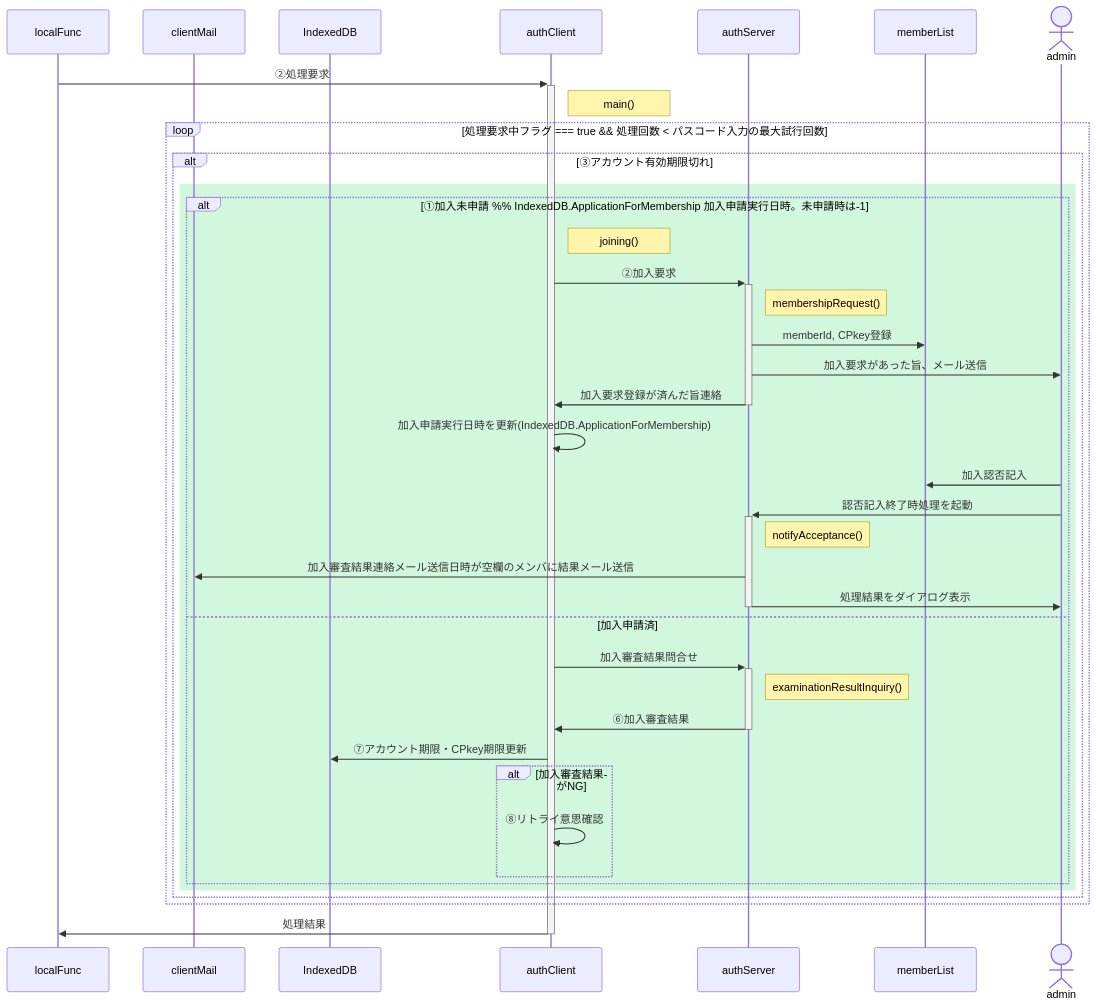
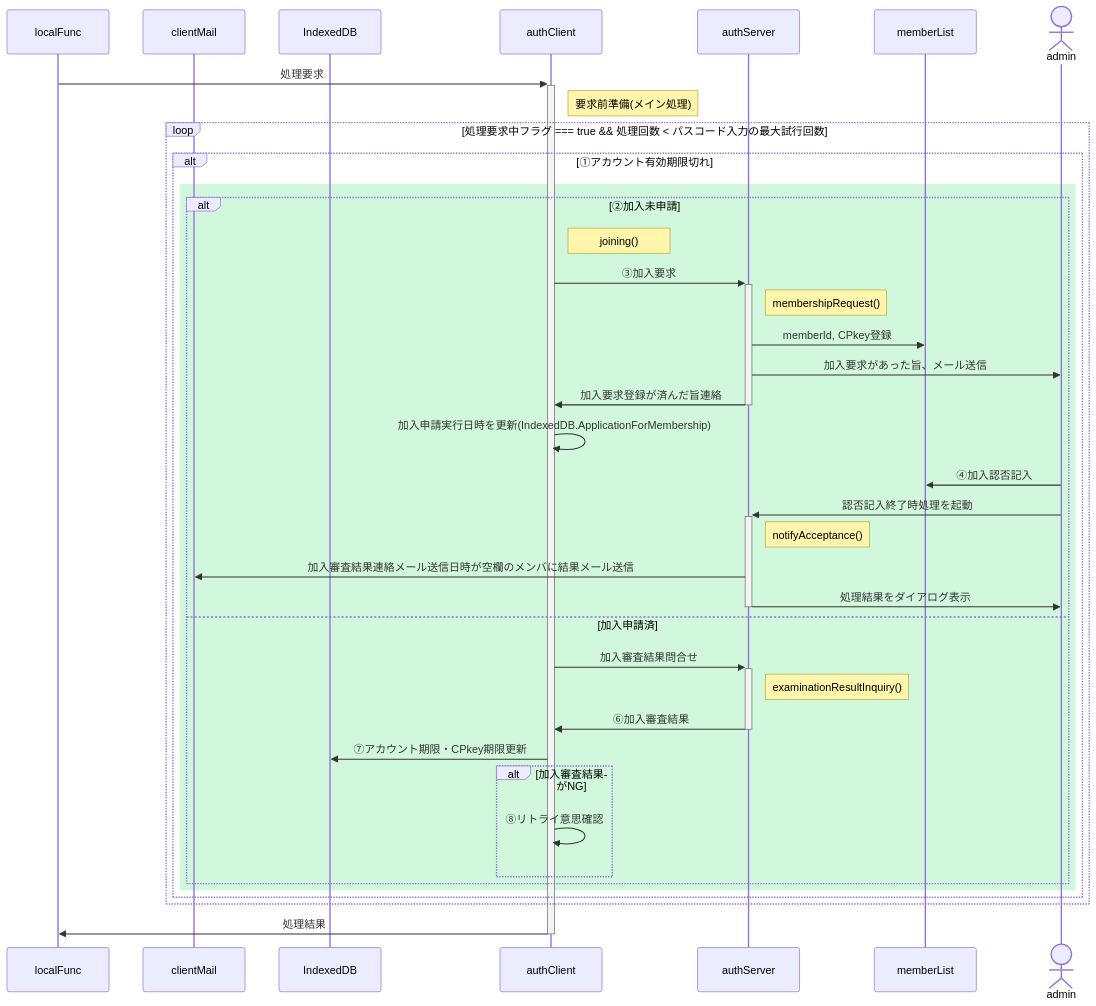
Before and after one commit to nakaone/library: the third of 4 diagrams in underDev/Auth/question.md, drawn with Mermaid. The commit also changed other lines of this file and 16 other files, not shown here.

````diff
--- a/underDev/Auth/question.md
+++ b/underDev/Auth/question.md
@@ -185,58 +204,58 @@
 ```mermaid
 %% 加入要求
 
 sequenceDiagram
   %%actor user
   participant localFunc
   participant clientMail
   %%participant encryptRequest
   participant IndexedDB
   participant authClient
   participant authServer
   participant memberList
   %%participant decryptRequest
   %%participant serverFunc
   actor admin
 
-  localFunc->>+authClient: ②処理要求
-  Note right of authClient: main()
+  localFunc->>+authClient: 処理要求
+  Note right of authClient: 要求前準備(メイン処理)
 
   loop 処理要求中フラグ === true && 処理回数 < パスコード入力の最大試行回数
 
-    alt ③アカウント有効期限切れ
+    alt ①アカウント有効期限切れ
 
       rect rgba(209, 247, 221, 1)
 
-        alt ①加入未申請 %% IndexedDB.ApplicationForMembership 加入申請実行日時。未申請時は-1
+        alt ②加入未申請
 
           Note right of authClient: joining()
-          authClient->>+authServer: ②加入要求
+          authClient->>+authServer: ③加入要求
           Note right of authServer: membershipRequest()
           authServer->>memberList: memberId, CPkey登録
           authServer->>admin: 加入要求があった旨、メール送信
           authServer->>-authClient: 加入要求登録が済んだ旨連絡
           authClient->>authClient: 加入申請実行日時を更新(IndexedDB.ApplicationForMembership)
 
-          admin->>memberList: 加入認否記入
+          admin->>memberList: ④加入認否記入
           admin->>+authServer: 認否記入終了時処理を起動
           Note right of authServer: notifyAcceptance()
           authServer->>clientMail: 加入審査結果連絡メール送信日時が空欄のメンバに結果メール送信
           authServer->>-admin: 処理結果をダイアログ表示
 
         else 加入申請済
 
           authClient->>+authServer: 加入審査結果問合せ
           Note right of authServer: examinationResultInquiry()
           authServer->>-authClient: ⑥加入審査結果
           authClient->>IndexedDB: ⑦アカウント期限・CPkey期限更新
           alt 加入審査結果がNG
             authClient->>authClient: ⑧リトライ意思確認
           end
         end
 
       end
     end
   end
 
   authClient->>-localFunc: 処理結果
 ```
````
